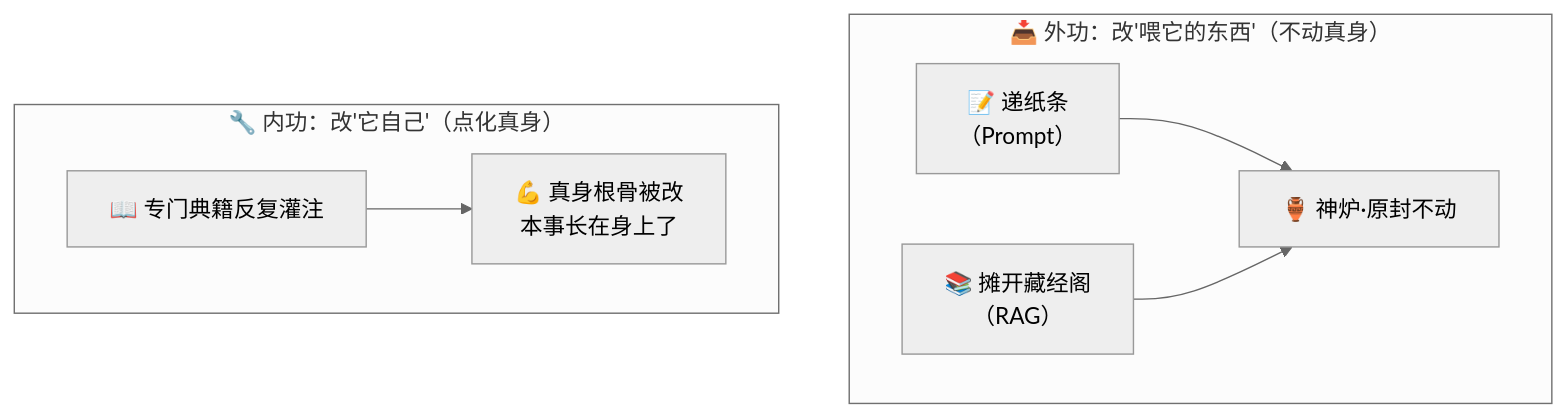
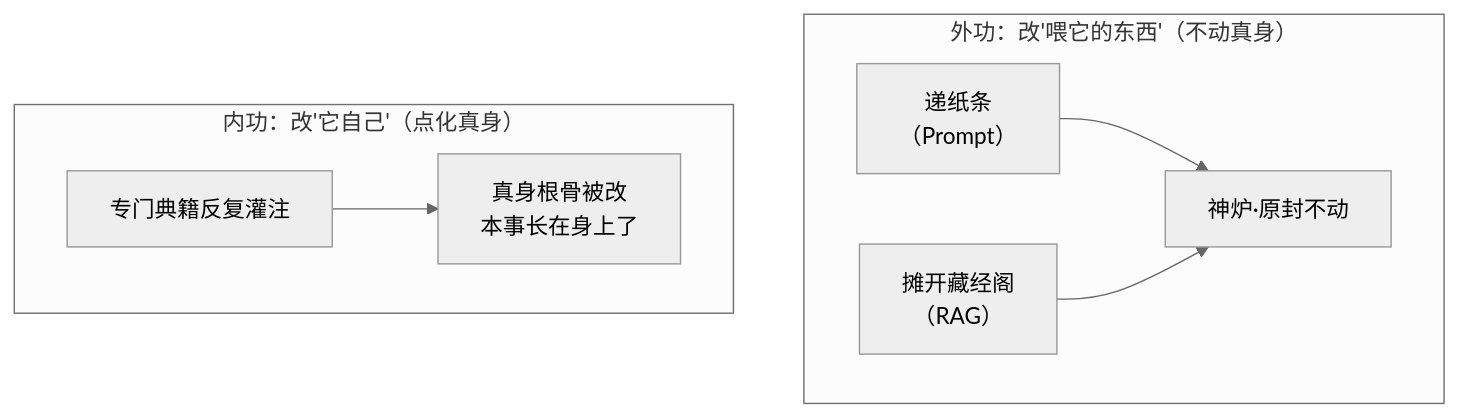
Before and after one commit to luckykhy/KhyAiHub: the second of 4 diagrams in docs/09_STORY_修仙学AI/STORY-番外/[STORY-番外-111] 番外12·点化真身·因材塑形.md, drawn with Mermaid (neutral theme). The commit also changed other lines of this file and 19 other files, not shown here.

````diff
--- a/docs/09_STORY_修仙学AI/STORY-番外/[STORY-番外-111] 番外12·点化真身·因材塑形.md
+++ b/docs/09_STORY_修仙学AI/STORY-番外/[STORY-番外-111] 番外12·点化真身·因材塑形.md
@@ -76,10 +76,10 @@
 ```mermaid
 flowchart TB
-  subgraph 外功["📥 外功：改'喂它的东西'（不动真身）"]
-    NOTE["📝 递纸条<br/>（Prompt）"] --> LU1["🏺 神炉·原封不动"]
-    BOOK["📚 摊开藏经阁<br/>（RAG）"] --> LU1
+  subgraph 外功["外功：改'喂它的东西'（不动真身）"]
+    NOTE["递纸条<br/>（Prompt）"] --> LU1["神炉·原封不动"]
+    BOOK["摊开藏经阁<br/>（RAG）"] --> LU1
   end
-  subgraph 内功["🔧 内功：改'它自己'（点化真身）"]
-    DIAN["📖 专门典籍反复灌注"] --> ZHEN["💪 真身根骨被改<br/>本事长在身上了"]
+  subgraph 内功["内功：改'它自己'（点化真身）"]
+    DIAN["专门典籍反复灌注"] --> ZHEN["真身根骨被改<br/>本事长在身上了"]
   end
 ```
````
